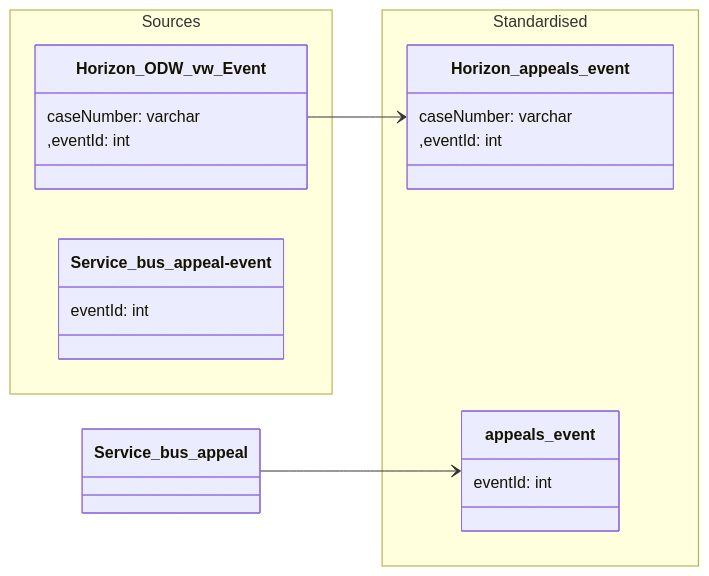
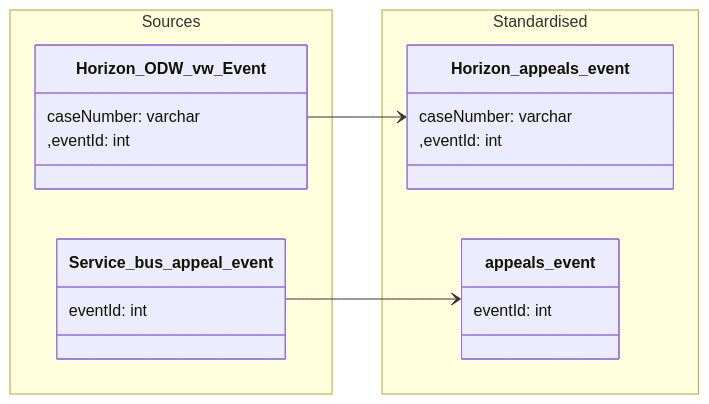
Before and after one commit to Planning-Inspectorate/ODW-Service: the diagram in data-models/appeal-event.md, drawn with Mermaid.

````diff
--- a/data-models/appeal-event.md
+++ b/data-models/appeal-event.md
@@ -7,34 +7,34 @@
 ```mermaid
 
 classDiagram
 
     direction LR
 
     namespace Sources {
 
         class Horizon_ODW_vw_Event {
             caseNumber: varchar
             ,eventId: int
         }
 
-        class Service_bus_appeal-event  {
+        class Service_bus_appeal_event  {
             eventId: int
         }
     }
 
     namespace Standardised {
 
         class Horizon_appeals_event {
             caseNumber: varchar
             ,eventId: int
         }
 
         class appeals_event  {
             eventId: int
         }
     }
 
 `Horizon_ODW_vw_Event` --> `Horizon_appeals_event`
-`Service_bus_appeal` --> `appeals_event`
+`Service_bus_appeal_event` --> `appeals_event`
 
 ```
````
